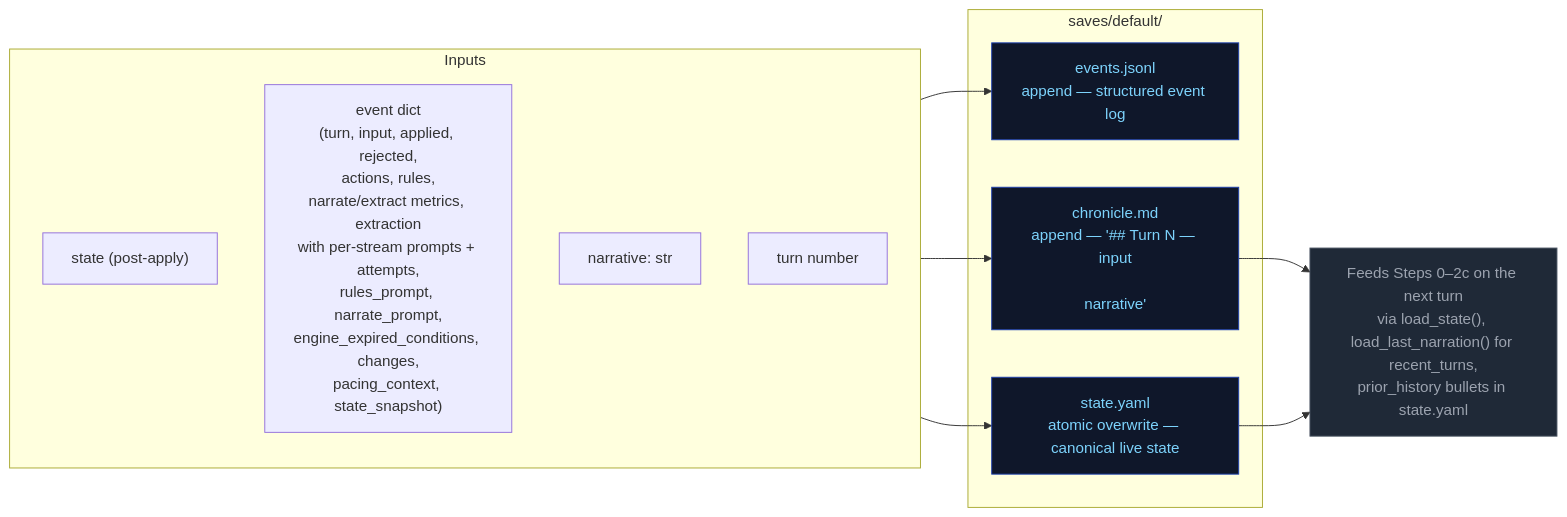
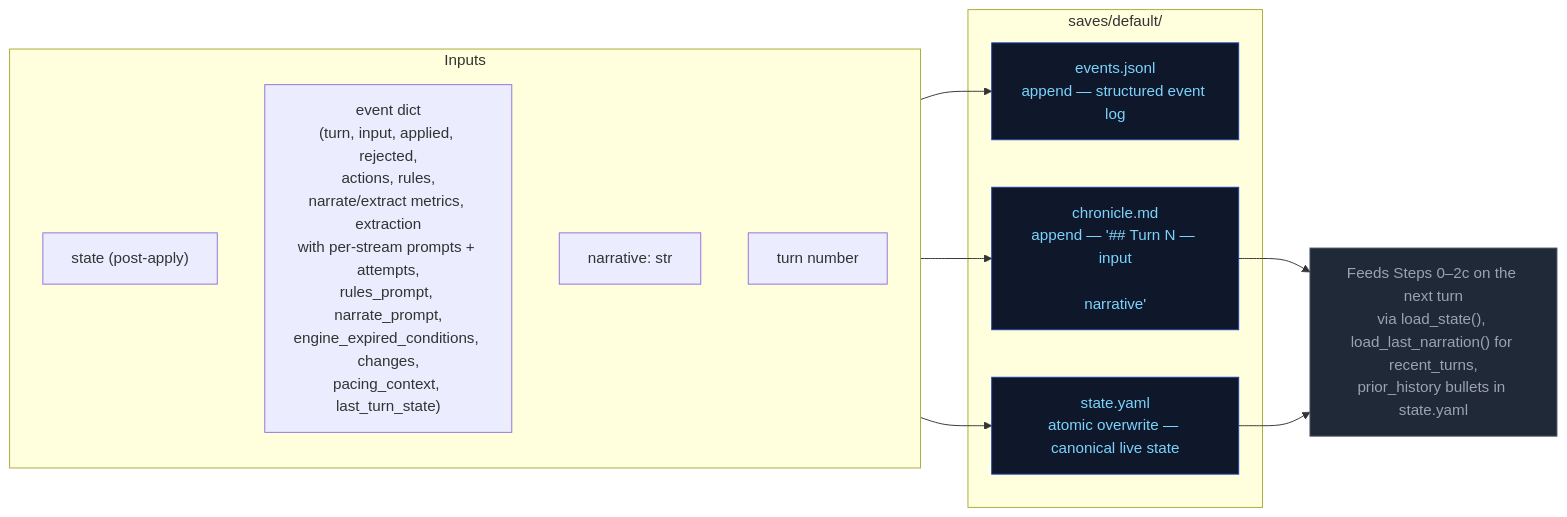
Before and after one commit to pww217/fablethread: the diagram in docs/architecture/persist.md, drawn with Mermaid. The commit also changed other lines of this file and 34 other files, not shown here.

First line of the commit message:
[deferred-state-persist]: Consolidate disk writes, rename state_snapshot→last_turn_state, simplify cancel, add progressive SSE

````diff
--- a/docs/architecture/persist.md
+++ b/docs/architecture/persist.md
@@ -52,26 +54,26 @@
 ```mermaid
 flowchart LR
     classDef storageNode fill:#0f172a,color:#7dd3fc,stroke:#1e40af
     classDef pyNode      fill:#1f2937,color:#9ca3af,stroke:#4b5563
 
     subgraph IN["Inputs"]
         P1["state (post-apply)"]
-        P2["event dict<br>(turn, input, applied, rejected,<br>actions, rules,<br>narrate/extract metrics, extraction<br>with per-stream prompts + attempts,<br>rules_prompt, narrate_prompt,<br>engine_expired_conditions, changes,<br>pacing_context, state_snapshot)"]
+        P2["event dict<br>(turn, input, applied, rejected,<br>actions, rules,<br>narrate/extract metrics, extraction<br>with per-stream prompts + attempts,<br>rules_prompt, narrate_prompt,<br>engine_expired_conditions, changes,<br>pacing_context, last_turn_state)"]
         P3["narrative: str"]
         P4["turn number"]
     end
 
     subgraph WRITES["saves/default/"]
         W1["events.jsonl<br>append — structured event log"]:::storageNode
         W2["state.yaml<br>atomic overwrite — canonical live state"]:::storageNode
         W3["chronicle.md<br>append — '## Turn N — input\n\nnarrative'"]:::storageNode
     end
 
     READBACK["Feeds Steps 0–2c on the next turn<br>via load_state(), load_last_narration() for recent_turns,<br>prior_history bullets in state.yaml"]:::pyNode
 
     IN --> W1
     IN --> W2
     IN --> W3
     W3 --> READBACK
     W2 --> READBACK
 ```
````
